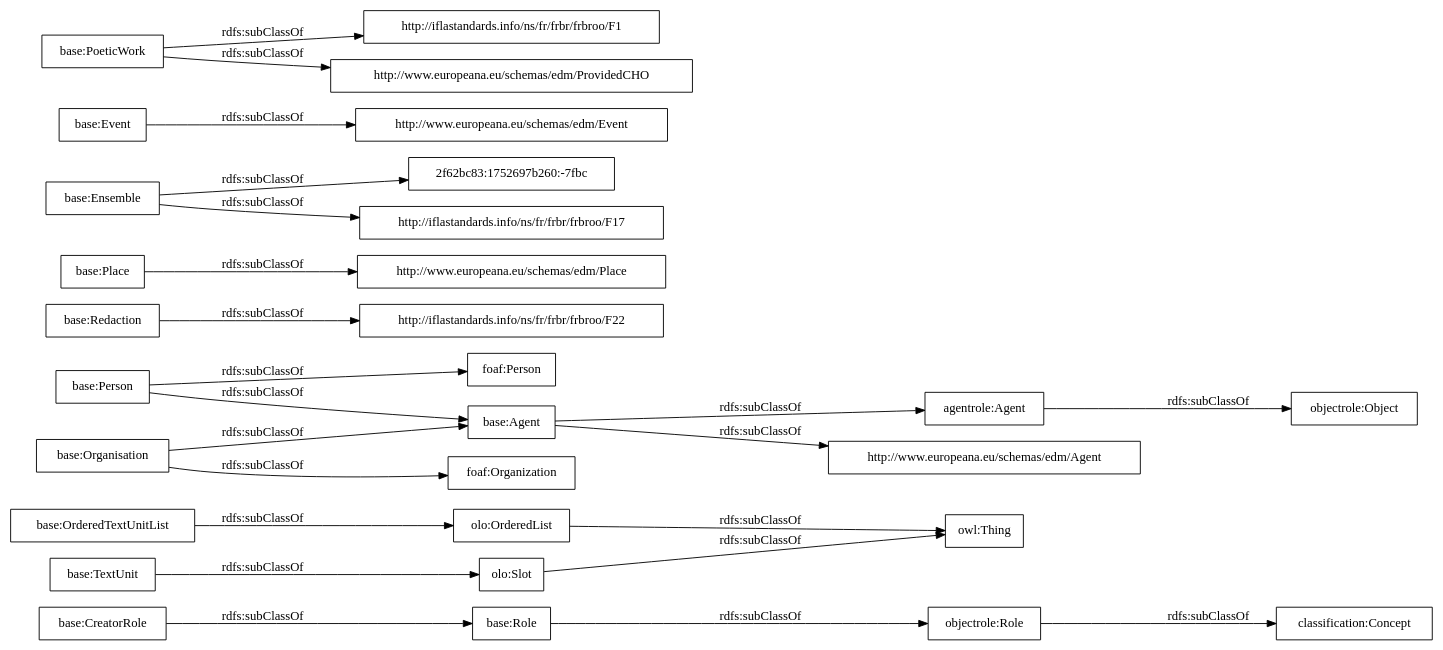
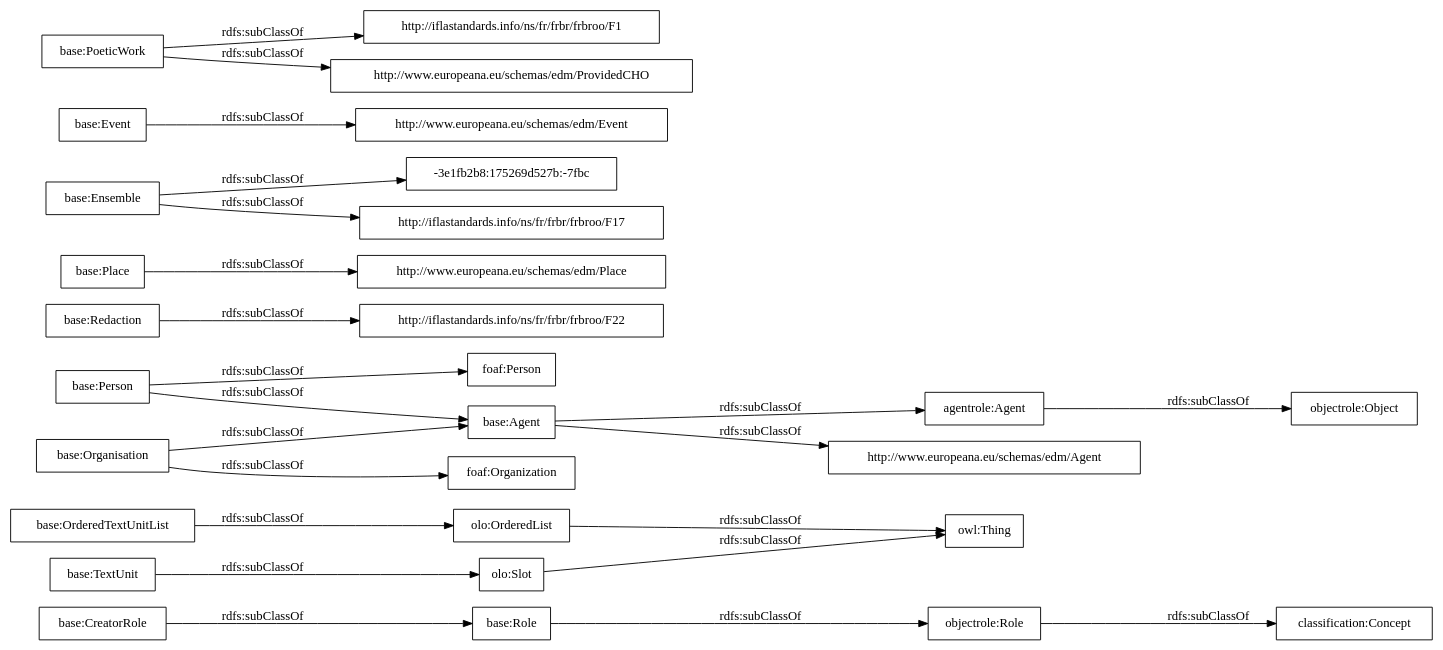
The diagram in OnToology/postdata-core.owl/diagrams/ar2dtool-taxonomy/postdata-core.owl.png.dot (OnToologyUser/core-ontology-1), drawn with Graphviz before and after one commit. The commit also changed 14 other files, not shown here.

```diff
--- a/OnToology/postdata-core.owl/diagrams/ar2dtool-taxonomy/postdata-core.owl.png.dot
+++ b/OnToology/postdata-core.owl/diagrams/ar2dtool-taxonomy/postdata-core.owl.png.dot
@@ -1,27 +1,27 @@
 digraph ar2dtool_diagram { 
 rankdir=LR;
 size="1000"
-node [shape = rectangle, color="black"]; "base:Role" "base:OrderedTextUnitList" "agentrole:Agent" "http://iflastandards.info/ns/fr/frbr/frbroo/F22" "http://www.europeana.eu/schemas/edm/Agent" "base:Agent" "base:CreatorRole" "base:Person" "base:Organisation" "http://www.europeana.eu/schemas/edm/Place" "base:Redaction" "base:Ensemble" "foaf:Person" "http://www.europeana.eu/schemas/edm/Event" "base:TextUnit" "http://iflastandards.info/ns/fr/frbr/frbroo/F1" "foaf:Organization" "2f62bc83:1752697b260:-7fbc" "http://www.europeana.eu/schemas/edm/ProvidedCHO" "base:Place" "base:Event" "base:PoeticWork" "http://iflastandards.info/ns/fr/frbr/frbroo/F17" "owl:Thing" "objectrole:Role" "objectrole:Object" "olo:Slot" "olo:OrderedList" "classification:Concept" ; /*classes style*/
+node [shape = rectangle, color="black"]; "base:Role" "base:OrderedTextUnitList" "agentrole:Agent" "http://iflastandards.info/ns/fr/frbr/frbroo/F22" "http://www.europeana.eu/schemas/edm/Agent" "base:Agent" "base:CreatorRole" "base:Person" "base:Organisation" "http://www.europeana.eu/schemas/edm/Place" "base:Redaction" "base:Ensemble" "foaf:Person" "http://www.europeana.eu/schemas/edm/Event" "-3e1fb2b8:175269d527b:-7fbc" "base:TextUnit" "http://iflastandards.info/ns/fr/frbr/frbroo/F1" "foaf:Organization" "http://www.europeana.eu/schemas/edm/ProvidedCHO" "base:Place" "base:Event" "base:PoeticWork" "http://iflastandards.info/ns/fr/frbr/frbroo/F17" "owl:Thing" "objectrole:Role" "objectrole:Object" "olo:Slot" "olo:OrderedList" "classification:Concept" ; /*classes style*/
 	"base:Redaction" -> "http://iflastandards.info/ns/fr/frbr/frbroo/F22" [ label = "rdfs:subClassOf" ];
 	"base:Role" -> "objectrole:Role" [ label = "rdfs:subClassOf" ];
 	"base:Event" -> "http://www.europeana.eu/schemas/edm/Event" [ label = "rdfs:subClassOf" ];
 	"base:Person" -> "foaf:Person" [ label = "rdfs:subClassOf" ];
 	"base:Person" -> "base:Agent" [ label = "rdfs:subClassOf" ];
 	"olo:OrderedList" -> "owl:Thing" [ label = "rdfs:subClassOf" ];
 	"olo:Slot" -> "owl:Thing" [ label = "rdfs:subClassOf" ];
 	"base:PoeticWork" -> "http://www.europeana.eu/schemas/edm/ProvidedCHO" [ label = "rdfs:subClassOf" ];
 	"base:PoeticWork" -> "http://iflastandards.info/ns/fr/frbr/frbroo/F1" [ label = "rdfs:subClassOf" ];
 	"base:TextUnit" -> "olo:Slot" [ label = "rdfs:subClassOf" ];
 	"agentrole:Agent" -> "objectrole:Object" [ label = "rdfs:subClassOf" ];
-	"base:Ensemble" -> "2f62bc83:1752697b260:-7fbc" [ label = "rdfs:subClassOf" ];
+	"base:Ensemble" -> "-3e1fb2b8:175269d527b:-7fbc" [ label = "rdfs:subClassOf" ];
 	"base:Ensemble" -> "http://iflastandards.info/ns/fr/frbr/frbroo/F17" [ label = "rdfs:subClassOf" ];
 	"base:OrderedTextUnitList" -> "olo:OrderedList" [ label = "rdfs:subClassOf" ];
 	"base:Agent" -> "agentrole:Agent" [ label = "rdfs:subClassOf" ];
 	"base:Agent" -> "http://www.europeana.eu/schemas/edm/Agent" [ label = "rdfs:subClassOf" ];
 	"objectrole:Role" -> "classification:Concept" [ label = "rdfs:subClassOf" ];
 	"base:Place" -> "http://www.europeana.eu/schemas/edm/Place" [ label = "rdfs:subClassOf" ];
 	"base:Organisation" -> "foaf:Organization" [ label = "rdfs:subClassOf" ];
 	"base:Organisation" -> "base:Agent" [ label = "rdfs:subClassOf" ];
 	"base:CreatorRole" -> "base:Role" [ label = "rdfs:subClassOf" ];
 
 }
```
